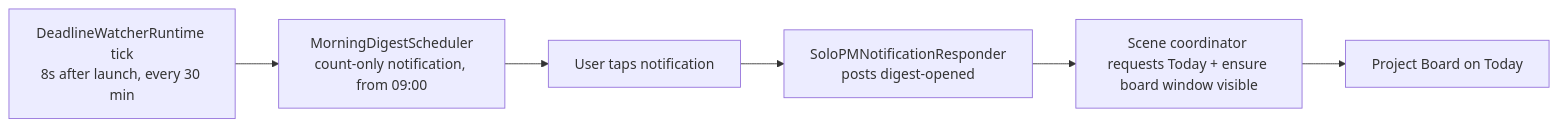
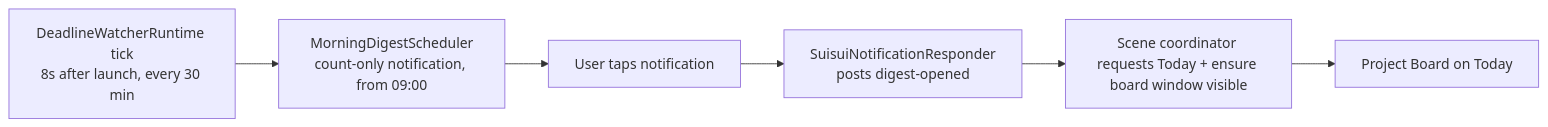
One commit to albert-einshutoin/Suisui changed the second of 3 diagrams in docs/ux/information-architecture.md. Above: the diagram before and after it, drawn with Mermaid. The commit also changed other lines of this file and 834 other files, not shown here.

````diff
--- a/docs/ux/information-architecture.md
+++ b/docs/ux/information-architecture.md
@@ -144,8 +144,8 @@
 ```mermaid
 flowchart LR
     W[DeadlineWatcherRuntime tick\n8s after launch, every 30 min] --> D[MorningDigestScheduler\ncount-only notification, from 09:00]
     D --> N[User taps notification]
-    N --> R[SoloPMNotificationResponder\nposts digest-opened]
+    N --> R[SuisuiNotificationResponder\nposts digest-opened]
     R --> T[Scene coordinator requests Today + ensure board window visible]
     T --> B[Project Board on Today]
 ```
````
